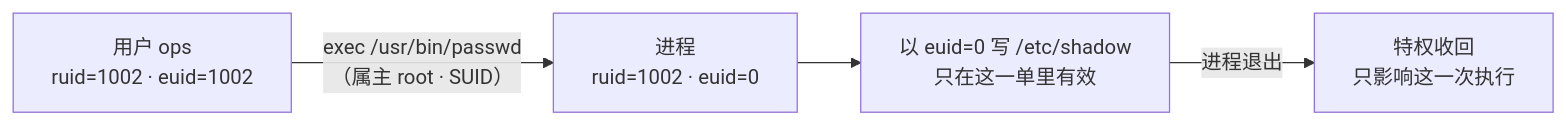
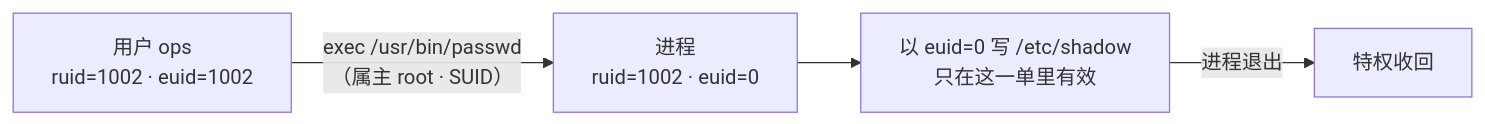
One commit to ml-cuizijun/LearnToLilith changed the second of 4 diagrams in 01-基础底座/25-用户权限与特殊位/知识点.md. Above: the diagram before and after it, drawn with Mermaid. The commit also changed other lines of this file and 178 other files, not shown here.

````diff
--- a/01-基础底座/25-用户权限与特殊位/知识点.md
+++ b/01-基础底座/25-用户权限与特殊位/知识点.md
@@ -284,6 +273,6 @@
 ```mermaid
 flowchart LR
     A["用户 ops<br/>ruid=1002 · euid=1002"] -->|"exec /usr/bin/passwd<br/>（属主 root · SUID）"| B["进程<br/>ruid=1002 · euid=0"]
     B --> C["以 euid=0 写 /etc/shadow<br/>只在这一单里有效"]
-    C -->|"进程退出"| D["特权收回<br/>只影响这一次执行"]
+    C -->|"进程退出"| D["特权收回"]
 ```
````
